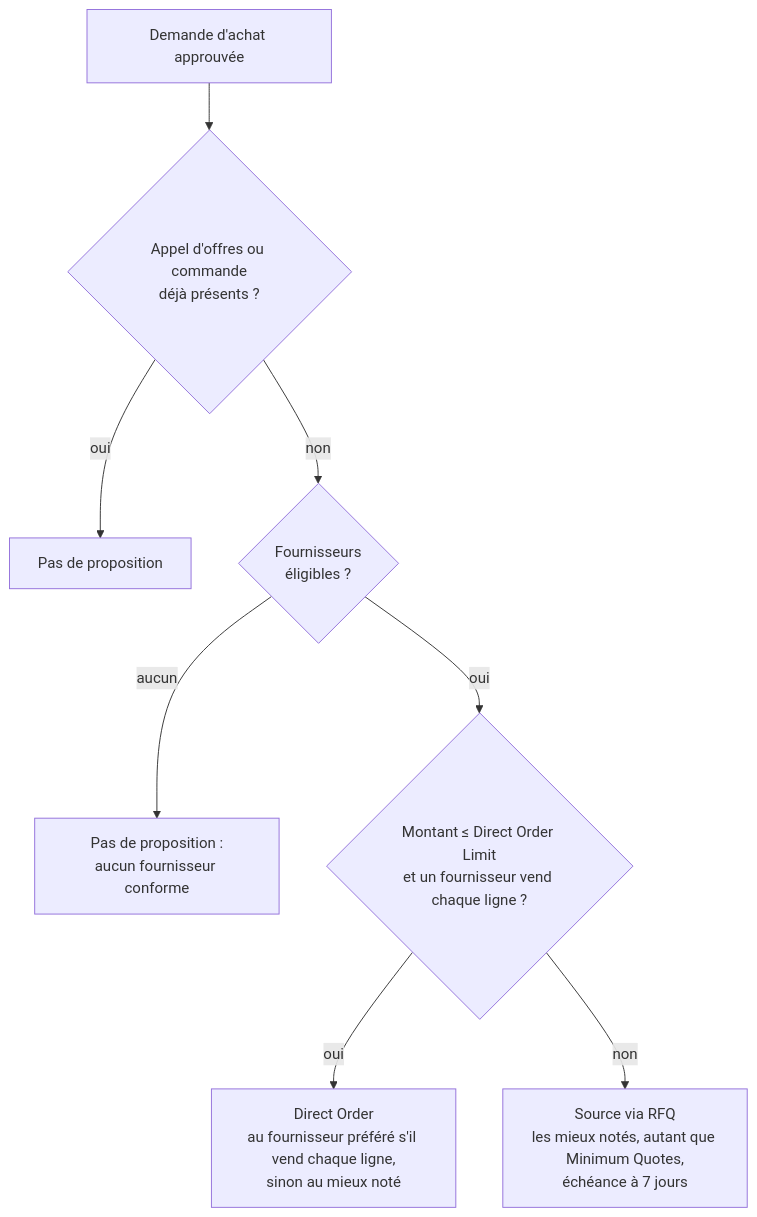
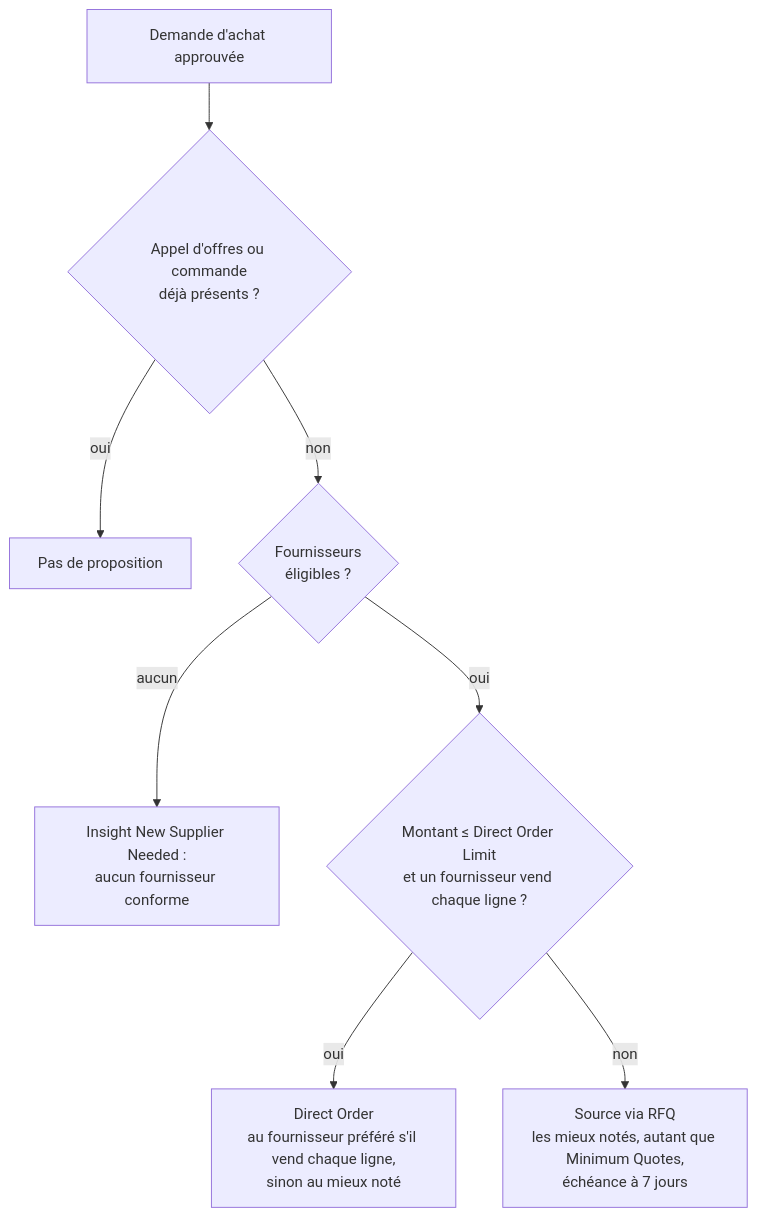
One commit to Power-Builders-Italia/ProjectIQ changed the fourth of 4 diagrams in docs/fr/sourcing-agent.md. Above: the diagram before and after it, drawn with Mermaid. The commit also changed other lines of this file and 25 other files, not shown here.

````diff
--- a/docs/fr/sourcing-agent.md
+++ b/docs/fr/sourcing-agent.md
@@ -221,10 +223,10 @@
 ```mermaid
 flowchart TD
     A[Demande d'achat approuvée] --> B{Appel d'offres ou commande<br/>déjà présents ?}
     B -->|oui| NA[Pas de proposition]
     B -->|non| C{Fournisseurs<br/>éligibles ?}
-    C -->|aucun| NS[Pas de proposition :<br/>aucun fournisseur conforme]
+    C -->|aucun| NS[Insight New Supplier Needed :<br/>aucun fournisseur conforme]
     C -->|oui| D{Montant ≤ Direct Order Limit<br/>et un fournisseur vend chaque ligne ?}
     D -->|oui| DO[Direct Order<br/>au fournisseur préféré s'il vend chaque ligne,<br/>sinon au mieux noté]
     D -->|non| RFQ[Source via RFQ<br/>les mieux notés, autant que Minimum Quotes,<br/>échéance à 7 jours]
 ```
````
